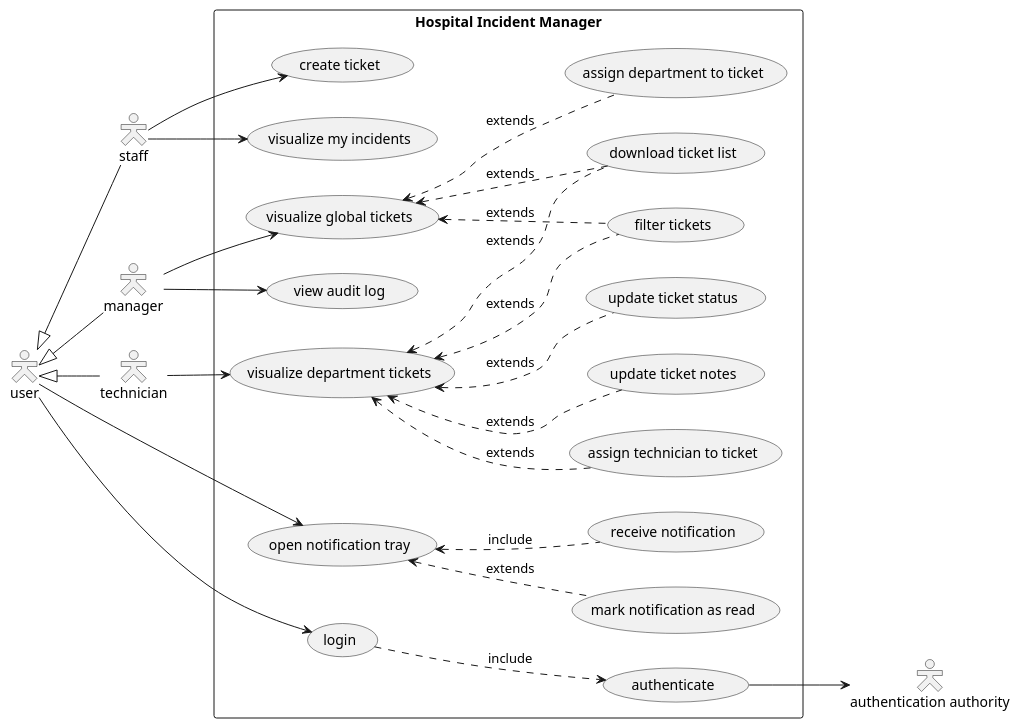
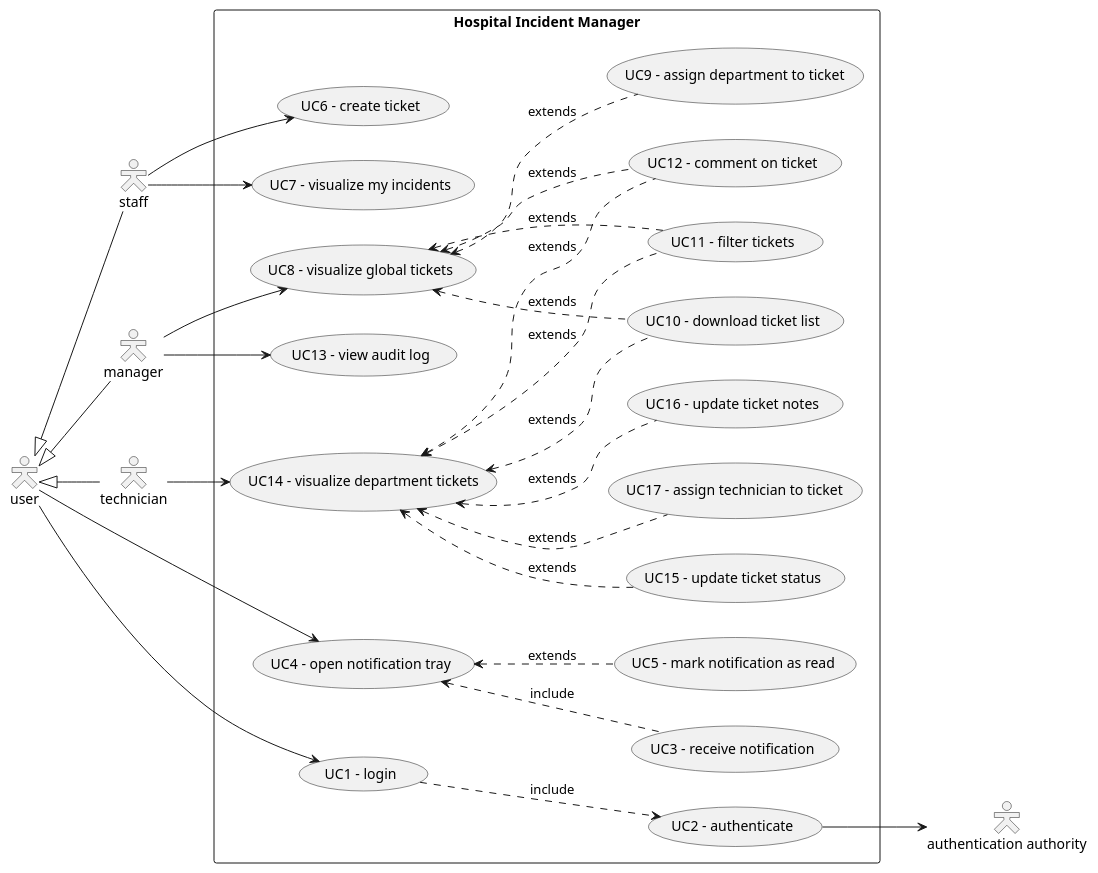
The diagram in diagrams/plantUML/Scenarios.puml (mablospate/hospital-incident-manager), drawn with PlantUML before and after one commit. The commit also changed 2 other files, not shown here.

Commit message:
README UPDATED: Use Case diagram revised and Extended Use Case for UC1

```diff
--- a/diagrams/plantUML/Scenarios.puml
+++ b/diagrams/plantUML/Scenarios.puml
@@ -1,41 +1,43 @@
 @startuml
 skinparam actorStyle Hollow
 left to right direction
 
 user <|-- staff
 user <|-- manager
 user <|-- technician
 
 rectangle "Hospital Incident Manager"{
-(login).down.>(authenticate):include
-(create ticket)
-(visualize global tickets)
-(visualize department tickets)
-(filter tickets).up.>(visualize global tickets):extends
-(filter tickets).up.>(visualize department tickets):extends
-(download ticket list).up.>(visualize global tickets):extends
-(download ticket list).up.>(visualize department tickets):extends
-(visualize my incidents)
-(assign department to ticket).up.>(visualize global tickets):extends
-(mark notification as read).up.>(open notification tray):extends
-(receive notification) .up.> (open notification tray) : include
-(view audit log)
-(update ticket notes).up.>(visualize department tickets):extends
-(update ticket status).up.>(visualize department tickets):extends
-(assign technician to ticket).up.>(visualize department tickets):extends
+(UC1 - login).down.>(UC2 - authenticate):include
+(UC6 - create ticket)
+(UC8 - visualize global tickets)
+(UC14 - visualize department tickets)
+(UC11 - filter tickets).up.>(UC8 - visualize global tickets):extends
+(UC11 - filter tickets).up.>(UC14 - visualize department tickets):extends
+(UC10 - download ticket list).up.>(UC8 - visualize global tickets):extends
+(UC10 - download ticket list).up.>(UC14 - visualize department tickets):extends
+(UC12 - comment on ticket).up.>(UC8 - visualize global tickets):extends
+(UC12 - comment on ticket).up.>(UC14 - visualize department tickets):extends
+(UC7 - visualize my incidents)
+(UC9 - assign department to ticket).up.>(UC8 - visualize global tickets):extends
+(UC5 - mark notification as read).up.>(UC4 - open notification tray):extends
+(UC3 - receive notification) .up.> (UC4 - open notification tray) : include
+(UC13 - view audit log)
+(UC16 - update ticket notes).up.>(UC14 - visualize department tickets):extends
+(UC15 - update ticket status).up.>(UC14 - visualize department tickets):extends
+(UC17 - assign technician to ticket).up.>(UC14 - visualize department tickets):extends
 }
 
-user --> (login)
-user --> (open notification tray)
+user --> (UC1 - login)
+user --> (UC4 - open notification tray)
 
-staff --> (create ticket)
-staff --> (visualize my incidents)
+staff --> (UC6 - create ticket)
+staff --> (UC7 - visualize my incidents)
 
-manager --> (visualize global tickets)
-manager --> (view audit log)
+manager --> (UC8 - visualize global tickets)
+manager --> (UC13 - view audit log)
 
-technician --> (visualize department tickets)
+technician --> (UC14 - visualize department tickets)
 
-(authenticate) --> "authentication authority"
+(UC2 - authenticate) --> "authentication authority"
 
 @enduml
```
